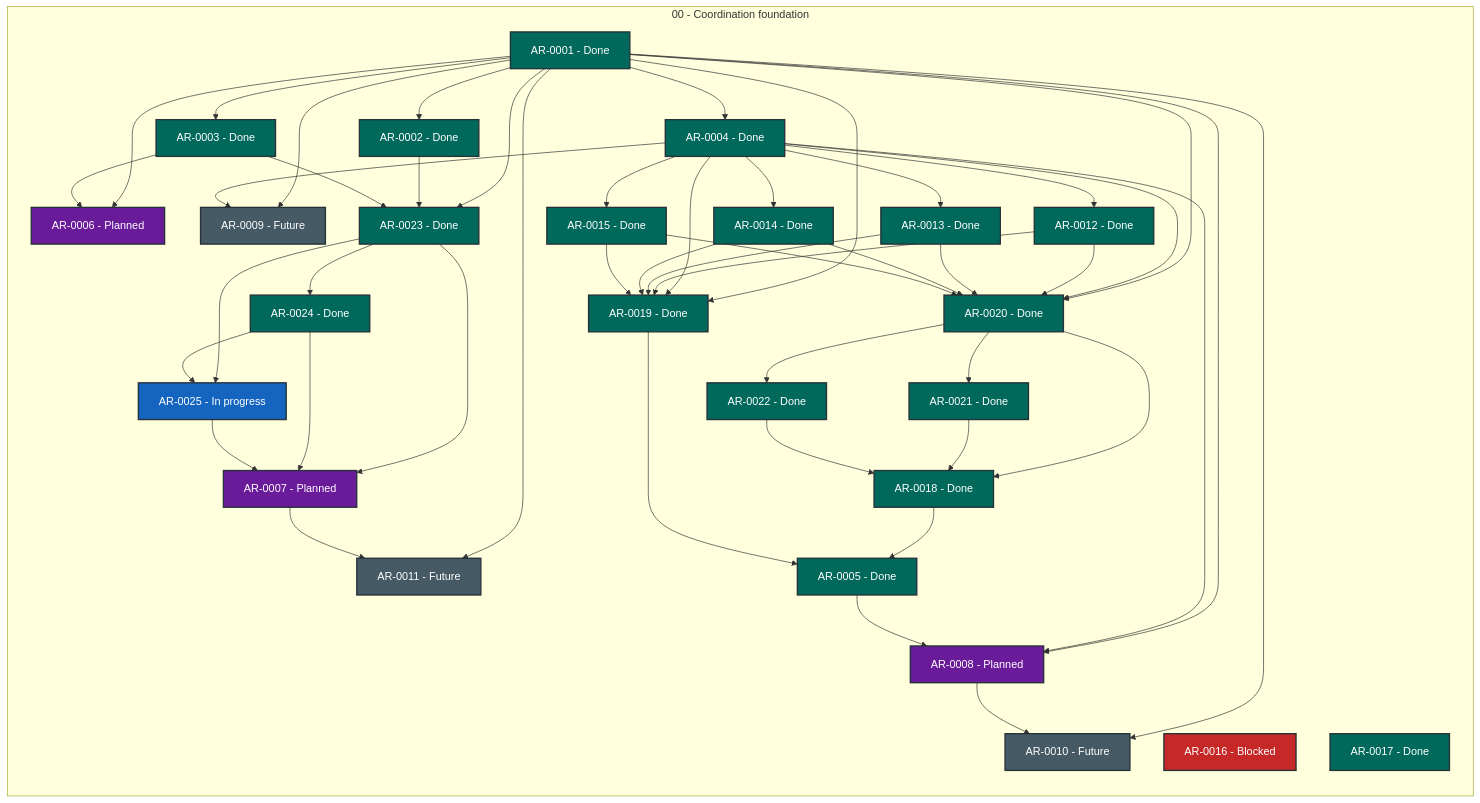
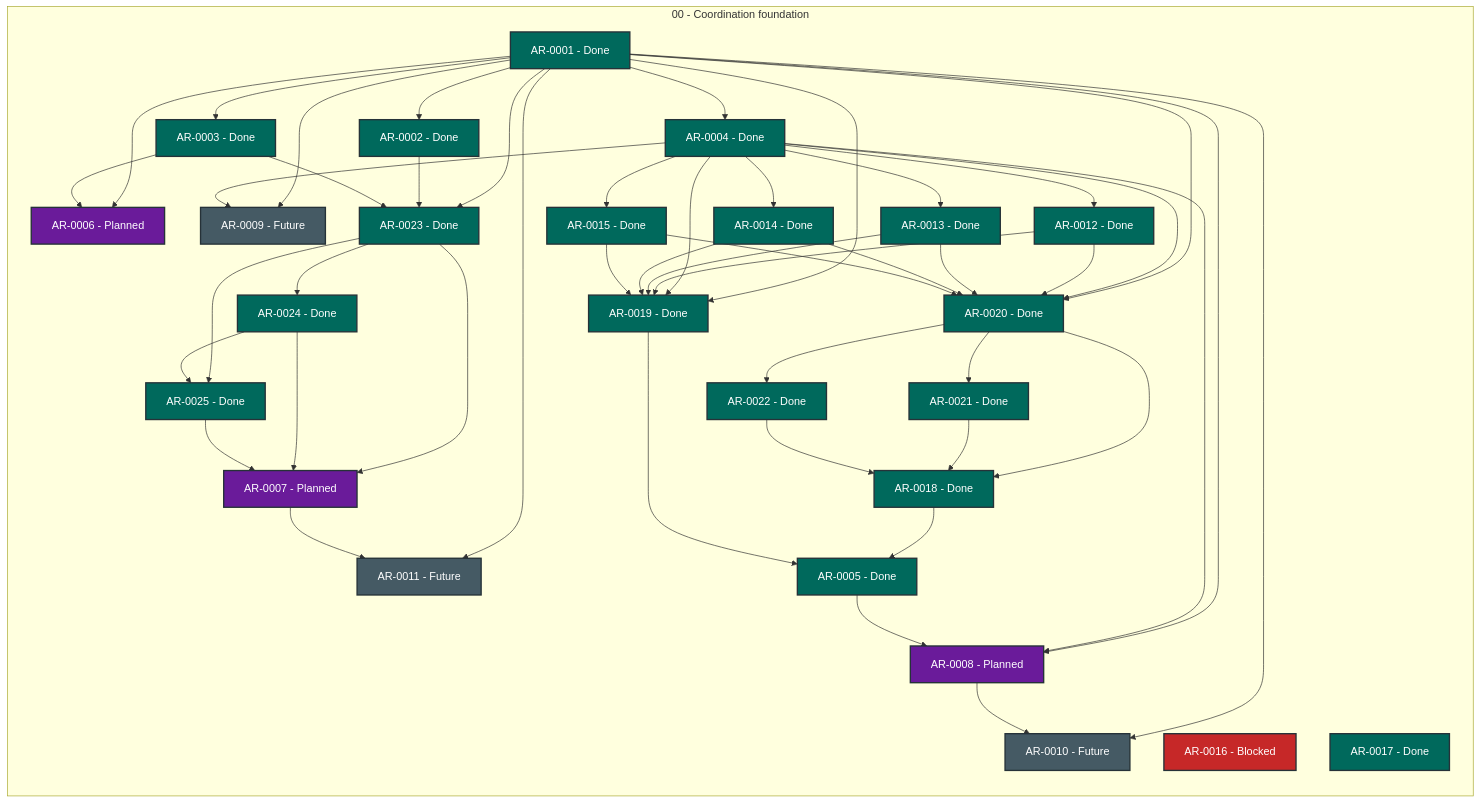
Before and after one commit to martin-beck/agent-workflow-quality-state: the diagram in STATUS.md, drawn with Mermaid. The commit also changed other lines of this file and 2 other files, not shown here.

```diff
--- a/STATUS.md
+++ b/STATUS.md
@@ -52,7 +52,7 @@
         AR_0022["AR-0022 - Done"]:::status_done
         AR_0023["AR-0023 - Done"]:::status_done
         AR_0024["AR-0024 - Done"]:::status_done
-        AR_0025["AR-0025 - In progress"]:::status_in_progress
+        AR_0025["AR-0025 - Done"]:::status_done
     end
     AR_0001 --> AR_0002
     AR_0001 --> AR_0003
```
